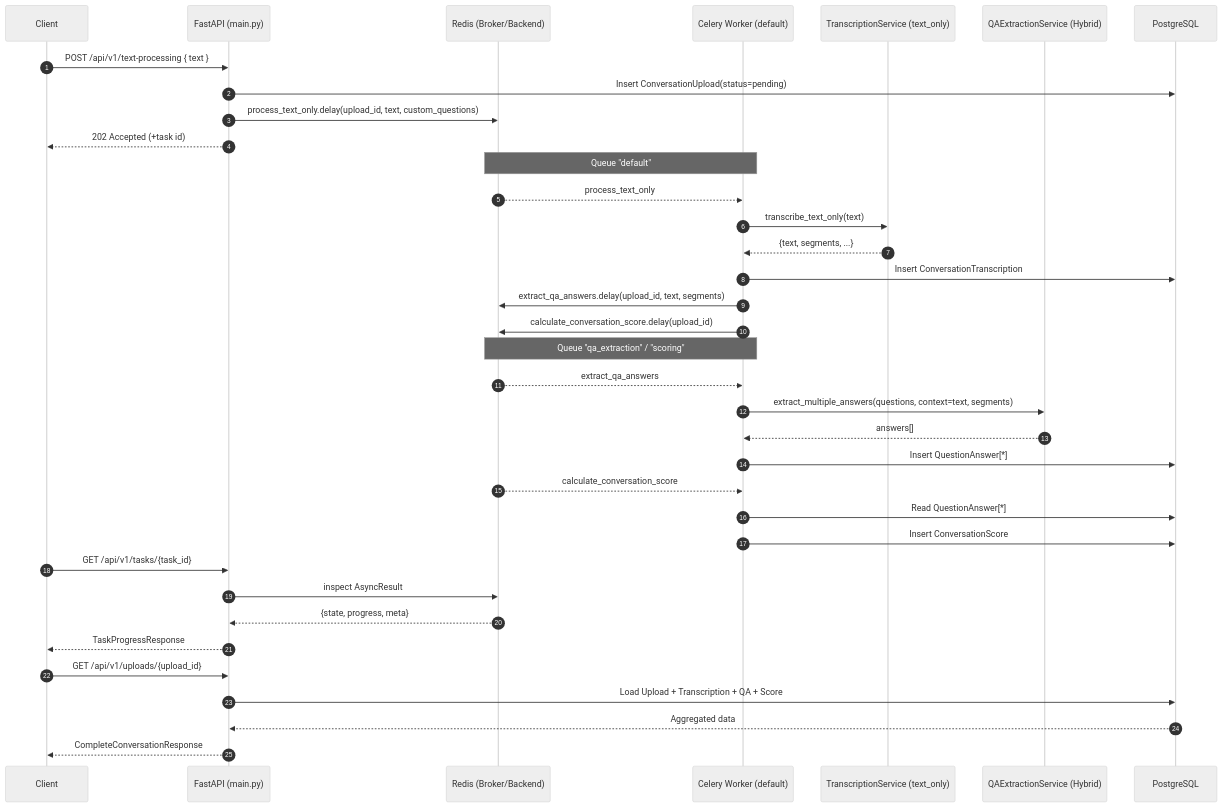
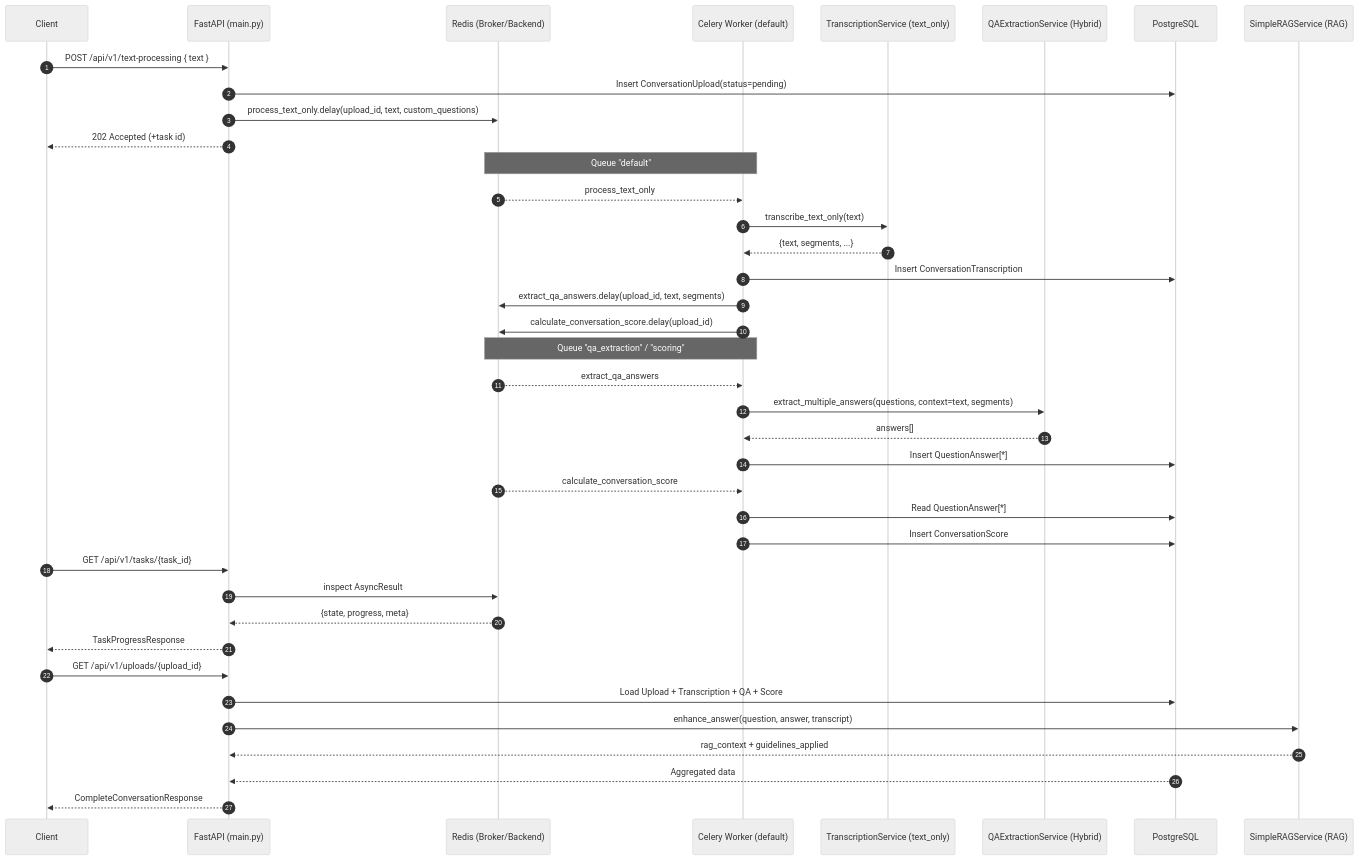
Before and after one commit to yatharthsameer/AmbientAI-BE: the third of 5 diagrams in ARCHITECTURE.md, drawn with Mermaid (neutral theme). The commit also changed other lines of this file and 1 other file, not shown here.

Commit message:
update README diagram

````diff
--- a/ARCHITECTURE.md
+++ b/ARCHITECTURE.md
@@ -219,44 +226,47 @@
 ```mermaid
 sequenceDiagram
   autonumber
   participant U as Client
   participant A as FastAPI (main.py)
   participant R as Redis (Broker/Backend)
   participant Wd as Celery Worker (default)
   participant T as TranscriptionService (text_only)
   participant Q as QAExtractionService (Hybrid)
   participant DB as PostgreSQL
+  participant SR as SimpleRAGService (RAG)
 
   U->>A: POST /api/v1/text-processing { text }
   A->>DB: Insert ConversationUpload(status=pending)
   A->>R: process_text_only.delay(upload_id, text, custom_questions)
   A-->>U: 202 Accepted (+task id)
 
   Note over R,Wd: Queue "default"
   R-->>Wd: process_text_only
   Wd->>T: transcribe_text_only(text)
   T-->>Wd: {text, segments, ...}
   Wd->>DB: Insert ConversationTranscription
   Wd->>R: extract_qa_answers.delay(upload_id, text, segments)
   Wd->>R: calculate_conversation_score.delay(upload_id)
 
   Note over R,Wd: Queue "qa_extraction" / "scoring"
   R-->>Wd: extract_qa_answers
   Wd->>Q: extract_multiple_answers(questions, context=text, segments)
   Q-->>Wd: answers[]
   Wd->>DB: Insert QuestionAnswer[*]
 
   R-->>Wd: calculate_conversation_score
   Wd->>DB: Read QuestionAnswer[*]
   Wd->>DB: Insert ConversationScore
 
   U->>A: GET /api/v1/tasks/{task_id}
   A->>R: inspect AsyncResult
   R-->>A: {state, progress, meta}
   A-->>U: TaskProgressResponse
 
   U->>A: GET /api/v1/uploads/{upload_id}
   A->>DB: Load Upload + Transcription + QA + Score
+  A->>SR: enhance_answer(question, answer, transcript)
+  SR-->>A: rag_context + guidelines_applied
   DB-->>A: Aggregated data
   A-->>U: CompleteConversationResponse
 ```
````
